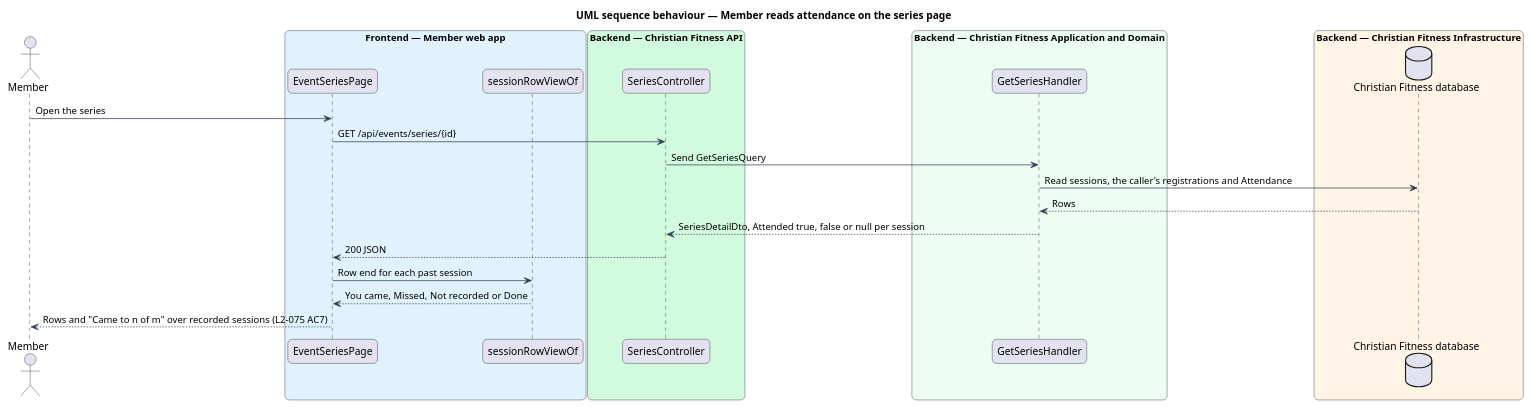
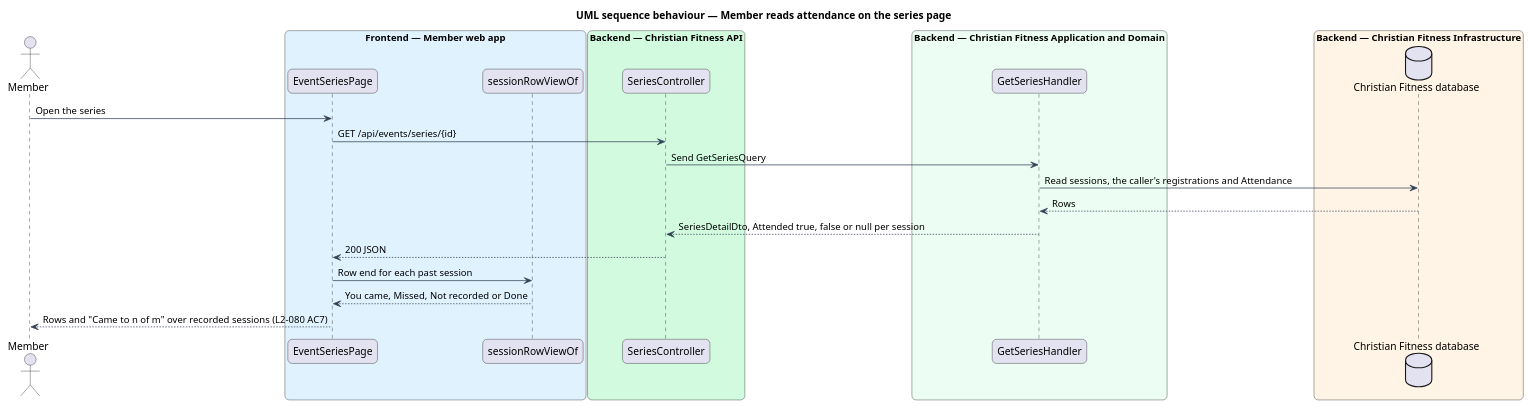
The diagram in docs/detailed-designs/admin-events/record-attendance/diagrams/sequence-series-page.puml (QuinntyneBrown/christian-fitness), drawn with PlantUML before and after one commit. The commit also changed 24 other files, not shown here.

```diff
--- a/docs/detailed-designs/admin-events/record-attendance/diagrams/sequence-series-page.puml
+++ b/docs/detailed-designs/admin-events/record-attendance/diagrams/sequence-series-page.puml
@@ -1,32 +1,32 @@
 @startuml
 title UML sequence behaviour — Member reads attendance on the series page
 skinparam backgroundColor #FFFFFF
 skinparam shadowing false
 skinparam roundcorner 12
 skinparam defaultFontName Arial
 skinparam ArrowColor #344054
 actor "Member" as actor
 box "Frontend — Member web app" #E0F2FE
   participant "EventSeriesPage" as page
   participant "sessionRowViewOf" as view
 end box
 box "Backend — Christian Fitness API" #D1FADF
   participant "SeriesController" as ctrl
 end box
 box "Backend — Christian Fitness Application and Domain" #ECFDF3
   participant "GetSeriesHandler" as handler
 end box
 box "Backend — Christian Fitness Infrastructure" #FFF4E5
   database "Christian Fitness database" as db
 end box
 actor -> page : Open the series
 page -> ctrl : GET /api/events/series/{id}
 ctrl -> handler : Send GetSeriesQuery
 handler -> db : Read sessions, the caller's registrations and Attendance
 db --> handler : Rows
 handler --> ctrl : SeriesDetailDto, Attended true, false or null per session
 ctrl --> page : 200 JSON
 page -> view : Row end for each past session
 view --> page : You came, Missed, Not recorded or Done
-page --> actor : Rows and "Came to n of m" over recorded sessions (L2-075 AC7)
+page --> actor : Rows and "Came to n of m" over recorded sessions (L2-080 AC7)
 @enduml
```
